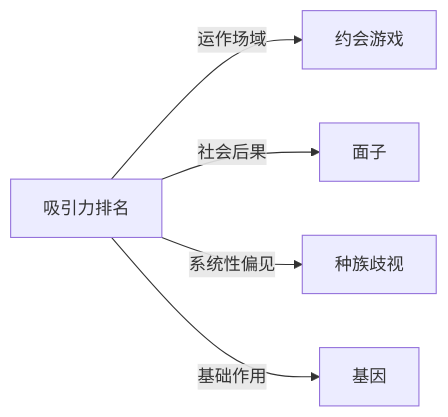
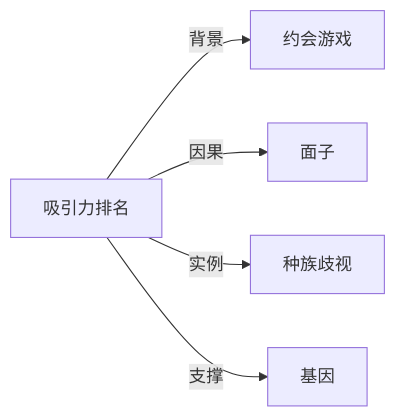
The diagram in Knowledge/Concepts/社会学/吸引力排名.md (KIMMCHOW/MyKnowledge), drawn with Mermaid before and after one commit. The commit also changed 95 other files, not shown here.

Commit message:
reorganize: 统一关系图边标签为11类

````diff
--- a/Knowledge/Concepts/社会学/吸引力排名.md
+++ b/Knowledge/Concepts/社会学/吸引力排名.md
@@ -44,7 +44,7 @@
 ```mermaid
 graph LR
-吸引力排名 -->|运作场域| 约会游戏
-吸引力排名 -->|社会后果| 面子
-吸引力排名 -->|系统性偏见| 种族歧视
-吸引力排名 -->|基础作用| 基因
+吸引力排名 -->|背景| 约会游戏
+吸引力排名 -->|因果| 面子
+吸引力排名 -->|实例| 种族歧视
+吸引力排名 -->|支撑| 基因
 ```
````
